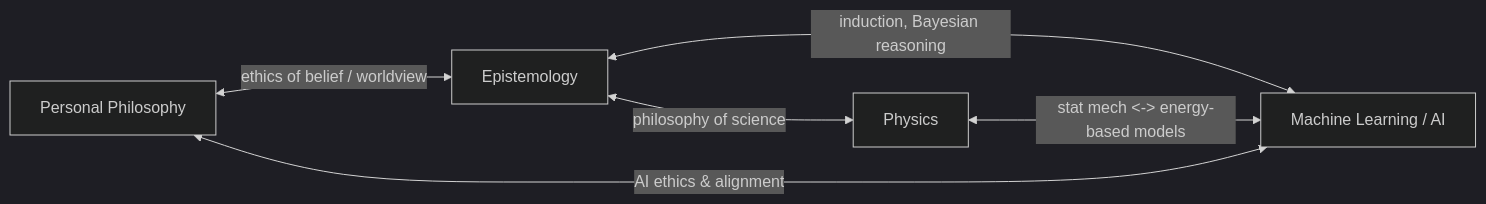
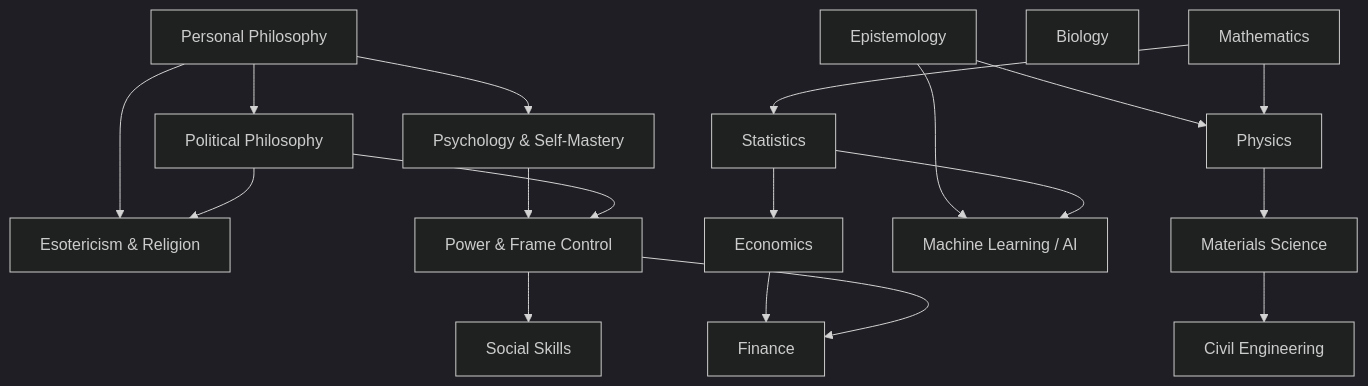
One commit to nocontextwindow/skill-trees changed the diagram in README.md. Above: the diagram before and after it, drawn with Mermaid (dark theme). The commit also changed other lines of this file and 16 other files, not shown here.

````diff
--- a/README.md
+++ b/README.md
@@ -20,18 +39,34 @@
 ```mermaid
-flowchart LR
+flowchart TD
     PP[Personal Philosophy]
+    POL[Political Philosophy]
     EP[Epistemology]
+    ES[Esotericism & Religion]
+    PSY[Psychology & Self-Mastery]
+    PWR[Power & Frame Control]
+    SOC[Social Skills]
     PH[Physics]
+    BIO[Biology]
+    MATH[Mathematics]
+    STAT[Statistics]
+    MAT[Materials Science]
     ML[Machine Learning / AI]
+    CE[Civil Engineering]
+    ECON[Economics]
+    FIN[Finance]
 
-    PP <-- ethics of belief / worldview --> EP
-    EP <-- philosophy of science --> PH
-    EP <-- induction, Bayesian reasoning --> ML
-    PH <-- stat mech <-> energy-based models --> ML
-    PP <-- AI ethics & alignment --> ML
-
-    click PP "trees/personal-philosophy.md"
-    click EP "trees/epistemology.md"
-    click PH "trees/physics.md"
-    click ML "trees/machine-learning-ai.md"
+    PP --> POL
+    PP --> PSY
+    PP --> ES
+    PSY --> PWR
+    PWR --> SOC
+    POL --> PWR
+    POL --> ES
+    EP --> PH
+    EP --> ML
+    MATH --> STAT --> ML
+    MATH --> PH --> MAT
+    MAT --> CE
+    STAT --> ECON --> FIN
+    PWR --> FIN
 ```
````
